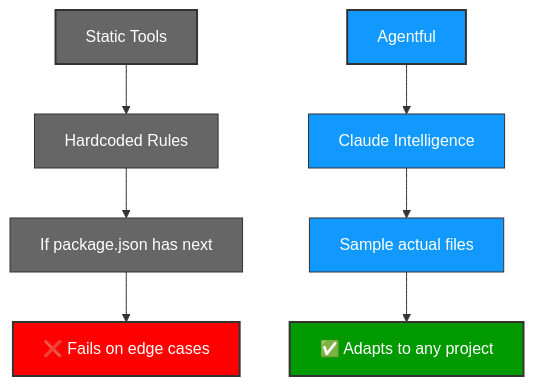
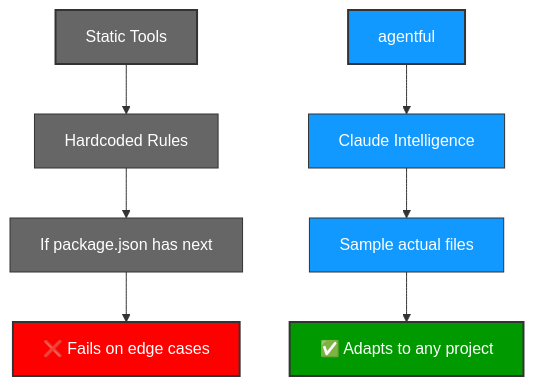
The seventh of 8 diagrams in docs/pages/philosophy.mdx (itz4blitz/agentful), drawn with Mermaid before and after one commit. The commit also changed other lines of this file and 97 other files, not shown here.

````diff
--- a/docs/pages/philosophy.mdx
+++ b/docs/pages/philosophy.mdx
@@ -338,21 +338,21 @@
 ```mermaid
 graph TD
     A[Static Tools] --> B[Hardcoded Rules]
     B --> C[If package.json has next]
 
-    D[Agentful] --> E[Claude Intelligence]
+    D[agentful] --> E[Claude Intelligence]
     E --> F[Sample actual files]
 
     C --> G[❌ Fails on edge cases]
     F --> H[✅ Adapts to any project]
 
     style A fill:#666,stroke:#333,stroke-width:2px,color:#fff
     style B fill:#666,stroke:#333,stroke-width:1px,color:#fff
     style C fill:#666,stroke:#333,stroke-width:1px,color:#fff
     style G fill:#F00,stroke:#333,stroke-width:2px,color:#fff
 
     style D fill:#19F,stroke:#333,stroke-width:2px,color:#fff
     style E fill:#19F,stroke:#333,stroke-width:1px,color:#fff
     style F fill:#19F,stroke:#333,stroke-width:1px,color:#fff
     style H fill:#090,stroke:#333,stroke-width:2px,color:#fff
 ```
````
